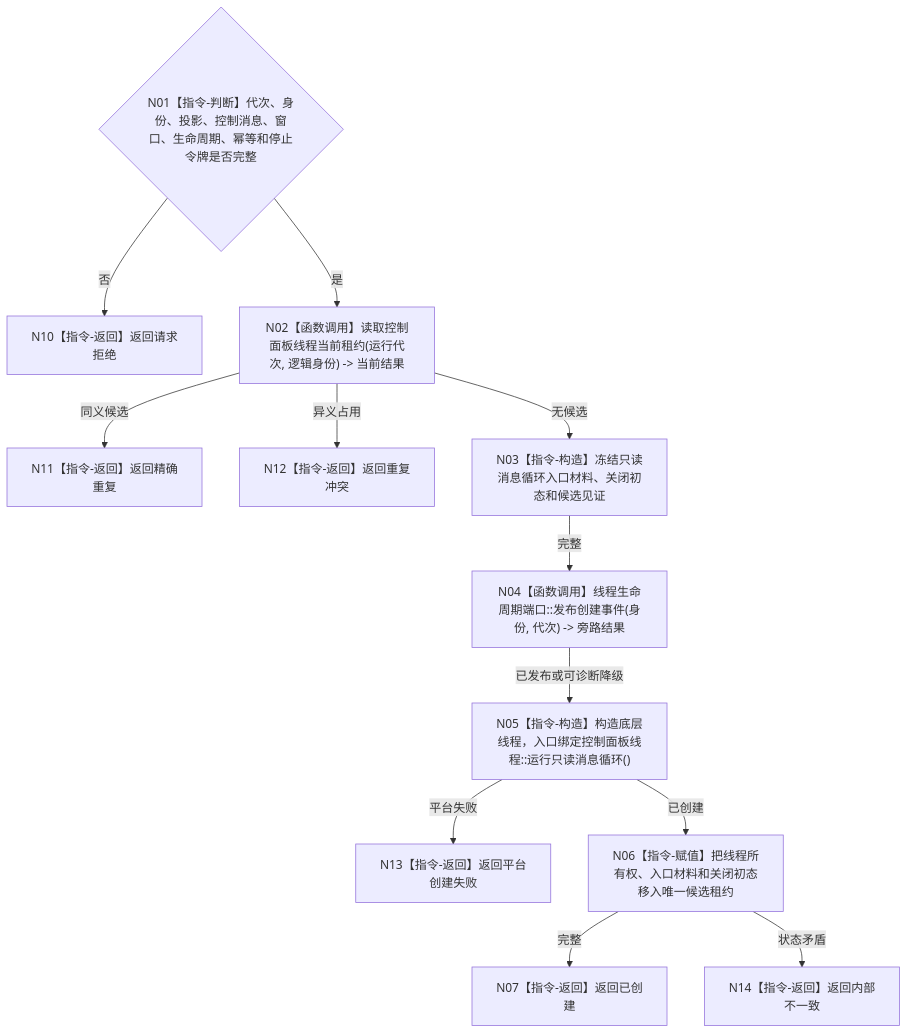
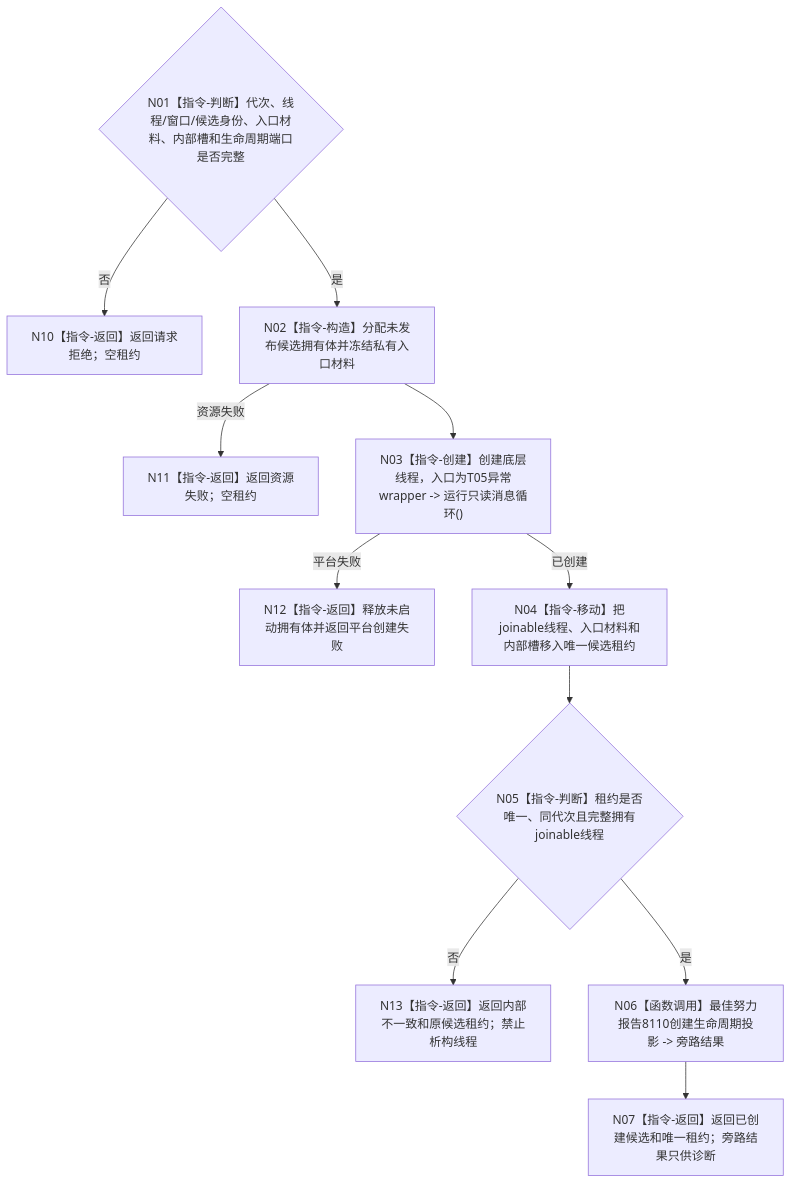
Before and after one commit to chunhaizh-cyber/HY-Ego: the diagram in 流程图/目标业务流程图/L4/BIZ-L4-001-09-01-01_创建控制面板线程候选_目标函数流程图_v0.1.md, drawn with Mermaid. The commit also changed other lines of this file and 16 other files, not shown here.

````diff
--- a/流程图/目标业务流程图/L4/BIZ-L4-001-09-01-01_创建控制面板线程候选_目标函数流程图_v0.1.md
+++ b/流程图/目标业务流程图/L4/BIZ-L4-001-09-01-01_创建控制面板线程候选_目标函数流程图_v0.1.md
@@ -30,14 +30,13 @@
 ```mermaid
 flowchart TD
-    N01{"N01【指令-判断】代次、身份、投影、控制消息、窗口、生命周期、幂等和停止令牌是否完整"} -->|否| N10["N10【指令-返回】返回请求拒绝"]
-    N01 -->|是| N02["N02【函数调用】读取控制面板线程当前租约(运行代次, 逻辑身份) -> 当前结果"]
-    N02 -->|同义候选| N11["N11【指令-返回】返回精确重复"]
-    N02 -->|异义占用| N12["N12【指令-返回】返回重复冲突"]
-    N02 -->|无候选| N03["N03【指令-构造】冻结只读消息循环入口材料、关闭初态和候选见证"]
-    N03 -->|完整| N04["N04【函数调用】线程生命周期端口::发布创建事件(身份, 代次) -> 旁路结果"]
-    N04 -->|已发布或可诊断降级| N05["N05【指令-构造】构造底层线程，入口绑定控制面板线程::运行只读消息循环()"]
-    N05 -->|平台失败| N13["N13【指令-返回】返回平台创建失败"]
-    N05 -->|已创建| N06["N06【指令-赋值】把线程所有权、入口材料和关闭初态移入唯一候选租约"]
-    N06 -->|完整| N07["N07【指令-返回】返回已创建"]
-    N06 -->|状态矛盾| N14["N14【指令-返回】返回内部不一致"]
+    N01{"N01【指令-判断】代次、线程/窗口/候选身份、入口材料、内部槽和生命周期端口是否完整"} -->|否| N10["N10【指令-返回】返回请求拒绝；空租约"]
+    N01 -->|是| N02["N02【指令-构造】分配未发布候选拥有体并冻结私有入口材料"]
+    N02 -->|资源失败| N11["N11【指令-返回】返回资源失败；空租约"]
+    N02 --> N03["N03【指令-创建】创建底层线程，入口为T05异常wrapper -> 运行只读消息循环()"]
+    N03 -->|平台失败| N12["N12【指令-返回】释放未启动拥有体并返回平台创建失败"]
+    N03 -->|已创建| N04["N04【指令-移动】把joinable线程、入口材料和内部槽移入唯一候选租约"]
+    N04 --> N05{"N05【指令-判断】租约是否唯一、同代次且完整拥有joinable线程"}
+    N05 -->|否| N13["N13【指令-返回】返回内部不一致和原候选租约；禁止析构线程"]
+    N05 -->|是| N06["N06【函数调用】最佳努力报告8110创建生命周期投影 -> 旁路结果"]
+    N06 --> N07["N07【指令-返回】返回已创建候选和唯一租约；旁路结果只供诊断"]
 ```
````
